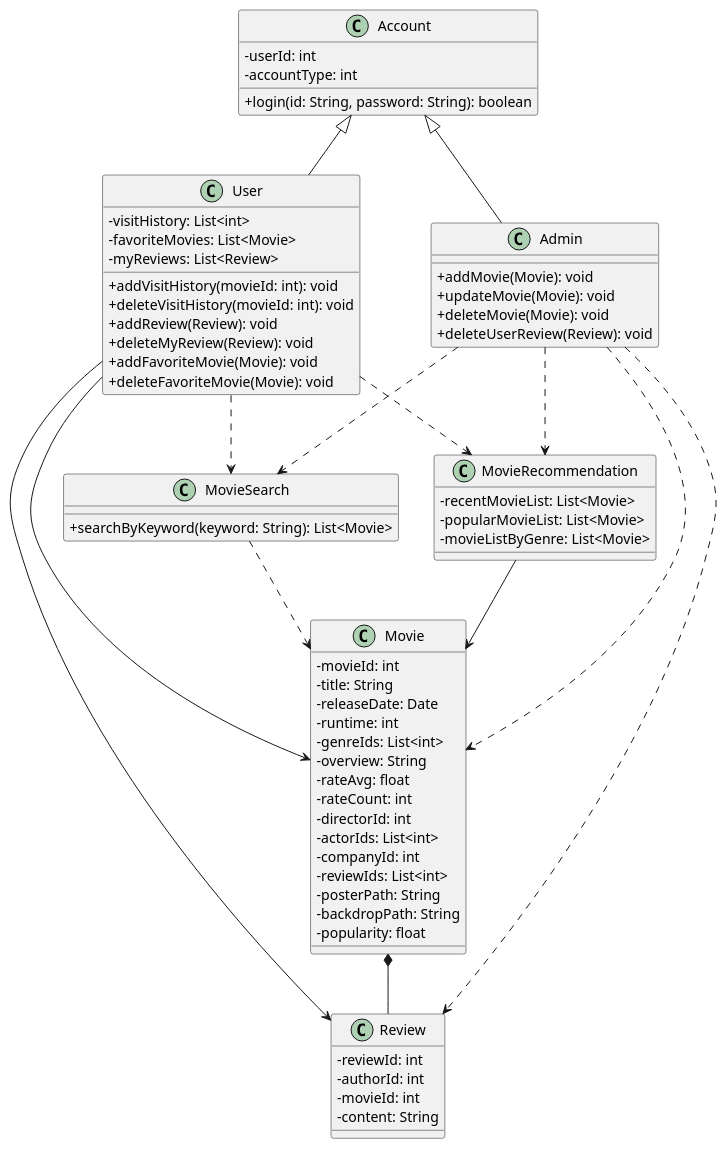
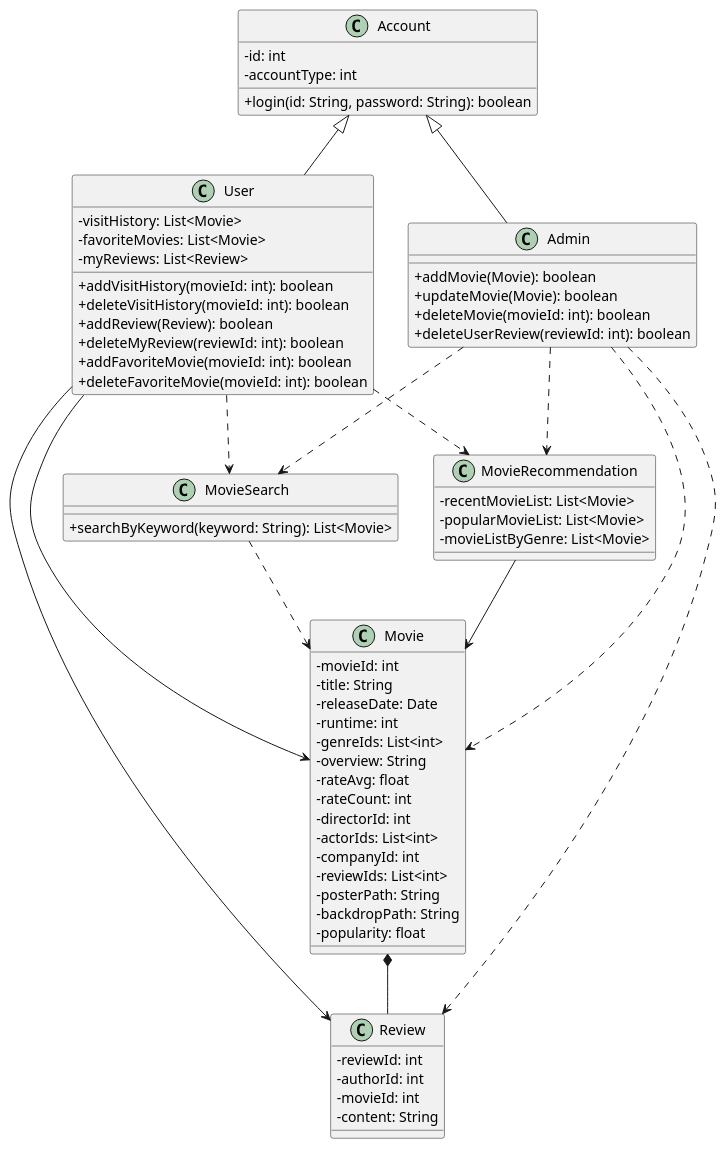
One commit to marmot8080/SWE changed the diagram in src/class.puml. Above: the diagram before and after it, drawn with PlantUML.

Commit message:
Update class diagram

```diff
--- a/src/class.puml
+++ b/src/class.puml
@@ -1,86 +1,86 @@
 @startuml
 
 skinparam classAttributeIconSize 0
 
 class Account {
-    - userId: int
+    - id: int
     - accountType: int
 
     + login(id: String, password: String): boolean
 }
 
 class User {
-    - visitHistory: List<int>
+    - visitHistory: List<Movie>
     - favoriteMovies: List<Movie>
     - myReviews: List<Review>
 
-    + addVisitHistory(movieId: int): void
-    + deleteVisitHistory(movieId: int): void
-    + addReview(Review): void
-    + deleteMyReview(Review): void
-    + addFavoriteMovie(Movie): void
-    + deleteFavoriteMovie(Movie): void
+    + addVisitHistory(movieId: int): boolean
+    + deleteVisitHistory(movieId: int): boolean
+    + addReview(Review): boolean
+    + deleteMyReview(reviewId: int): boolean
+    + addFavoriteMovie(movieId: int): boolean
+    + deleteFavoriteMovie(movieId: int): boolean
 }
 
 class Admin {
-    + addMovie(Movie): void
-    + updateMovie(Movie): void
-    + deleteMovie(Movie): void
-    + deleteUserReview(Review): void
+    + addMovie(Movie): boolean
+    + updateMovie(Movie): boolean
+    + deleteMovie(movieId: int): boolean
+    + deleteUserReview(reviewId: int): boolean
 }
 
 class Review {
     - reviewId: int
     - authorId: int
     - movieId: int
     - content: String
 }
 
 class Movie {
     - movieId: int
     - title: String
     - releaseDate: Date
     - runtime: int
     - genreIds: List<int>
     - overview: String
     - rateAvg: float
     - rateCount: int
     - directorId: int
     - actorIds: List<int>
     - companyId: int
     - reviewIds: List<int>
     - posterPath: String
     - backdropPath: String
     - popularity: float
 }
 
 class MovieSearch {
     + searchByKeyword(keyword: String): List<Movie>
 }
 
 class MovieRecommendation {
     - recentMovieList: List<Movie>
     - popularMovieList: List<Movie>
     - movieListByGenre: List<Movie>
 }
 
 Account ^-- User
 Account ^-- Admin
 
 User --> Movie
 User --> Review
 User ..> MovieRecommendation
 User ..> MovieSearch
 
 Admin ..> Movie
 Admin ..> Review
 Admin ..> MovieRecommendation
 Admin ..> MovieSearch
 
 Movie *-- Review
 
 MovieSearch ..> Movie
 
 MovieRecommendation --> Movie
 
 @enduml
```
